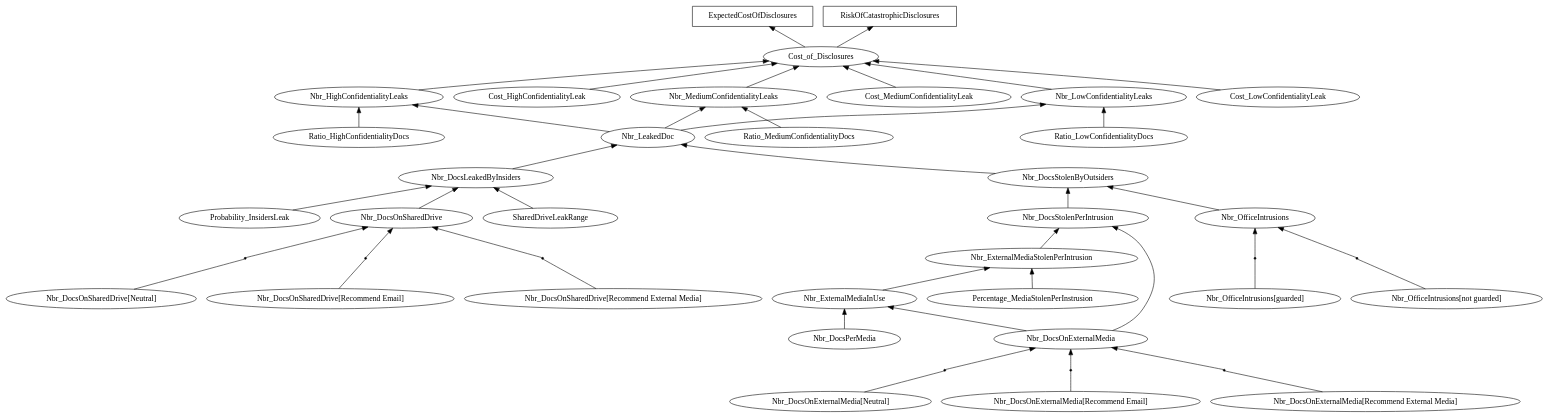
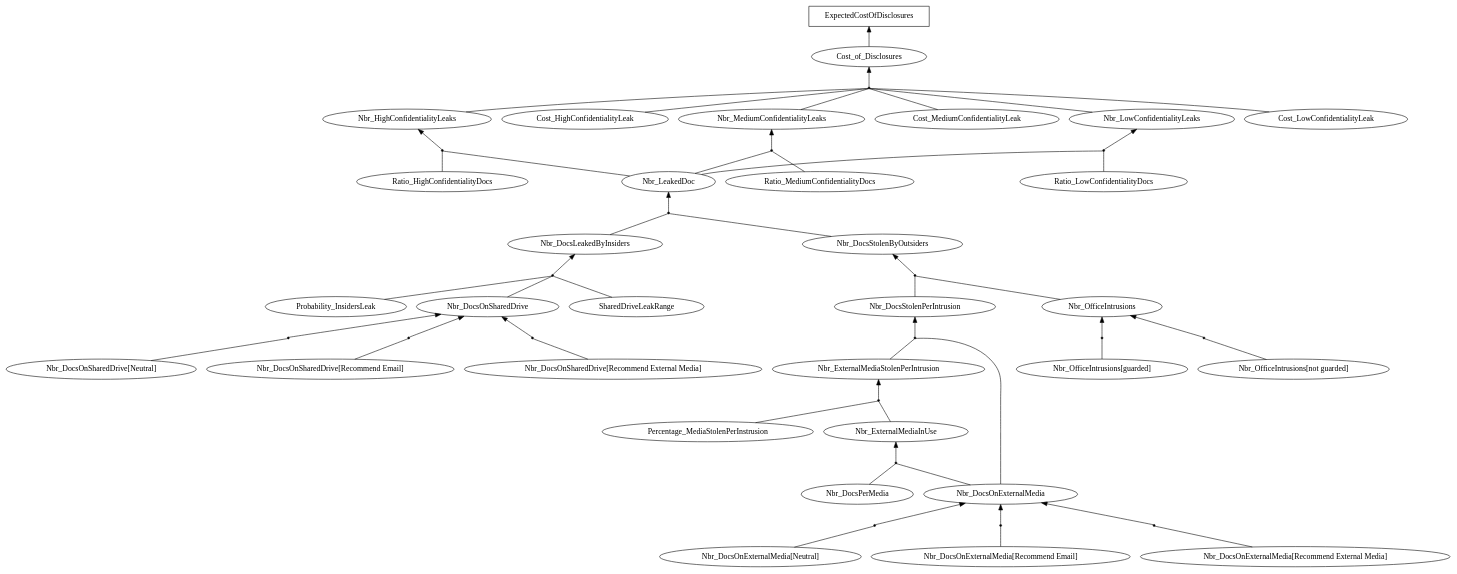
Before and after one commit to sbusari/RADAR2: the diagram in uk.ac.ucl.cs.results/BSPDM/graph/vgraph.dot, drawn with Graphviz. The commit also changed 51 other files, not shown here.

Commit message:
Updated the refinementGraphGenerator to allow modellers specify objectives for which they want to generate AND/OR graph for: Modeller specifies objective name just like the way they specify info value objective

```diff
--- a/uk.ac.ucl.cs.results/BSPDM/graph/vgraph.dot
+++ b/uk.ac.ucl.cs.results/BSPDM/graph/vgraph.dot
@@ -1,79 +1,97 @@
 digraph G { 
 rankdir = BT 
 "Probability_InsidersLeak" [shape = oval] 
-"Probability_InsidersLeak"->Nbr_DocsLeakedByInsiders 
 AndRef0[shape = point] 
 AndRef0->"Nbr_DocsOnSharedDrive"
 "Nbr_DocsOnSharedDrive[Neutral]"->AndRef0 [dir = none] 
 AndRef1[shape = point] 
 AndRef1->"Nbr_DocsOnSharedDrive"
 "Nbr_DocsOnSharedDrive[Recommend Email]"->AndRef1 [dir = none] 
 AndRef2[shape = point] 
 AndRef2->"Nbr_DocsOnSharedDrive"
 "Nbr_DocsOnSharedDrive[Recommend External Media]"->AndRef2 [dir = none] 
 "Nbr_DocsOnSharedDrive" [shape = oval] 
-"Nbr_DocsOnSharedDrive"->Nbr_DocsLeakedByInsiders 
 "SharedDriveLeakRange" [shape = oval] 
-"SharedDriveLeakRange"->Nbr_DocsLeakedByInsiders 
 "Nbr_DocsLeakedByInsiders" [shape = oval] 
-"Nbr_DocsLeakedByInsiders"->Nbr_LeakedDoc 
 AndRef3[shape = point] 
-AndRef3->"Nbr_OfficeIntrusions"
-"Nbr_OfficeIntrusions[not guarded]"->AndRef3 [dir = none] 
+AndRef3->"Nbr_DocsLeakedByInsiders"
+"Probability_InsidersLeak"->AndRef3 [dir = none] 
+"Nbr_DocsOnSharedDrive"->AndRef3 [dir = none] 
+"SharedDriveLeakRange"->AndRef3 [dir = none] 
 AndRef4[shape = point] 
 AndRef4->"Nbr_OfficeIntrusions"
-"Nbr_OfficeIntrusions[guarded]"->AndRef4 [dir = none] 
+"Nbr_OfficeIntrusions[not guarded]"->AndRef4 [dir = none] 
+AndRef5[shape = point] 
+AndRef5->"Nbr_OfficeIntrusions"
+"Nbr_OfficeIntrusions[guarded]"->AndRef5 [dir = none] 
 "Nbr_OfficeIntrusions" [shape = oval] 
-"Nbr_OfficeIntrusions"->Nbr_DocsStolenByOutsiders 
-AndRef5[shape = point] 
-AndRef5->"Nbr_DocsOnExternalMedia"
-"Nbr_DocsOnExternalMedia[Neutral]"->AndRef5 [dir = none] 
 AndRef6[shape = point] 
 AndRef6->"Nbr_DocsOnExternalMedia"
-"Nbr_DocsOnExternalMedia[Recommend Email]"->AndRef6 [dir = none] 
+"Nbr_DocsOnExternalMedia[Neutral]"->AndRef6 [dir = none] 
 AndRef7[shape = point] 
 AndRef7->"Nbr_DocsOnExternalMedia"
-"Nbr_DocsOnExternalMedia[Recommend External Media]"->AndRef7 [dir = none] 
+"Nbr_DocsOnExternalMedia[Recommend Email]"->AndRef7 [dir = none] 
+AndRef8[shape = point] 
+AndRef8->"Nbr_DocsOnExternalMedia"
+"Nbr_DocsOnExternalMedia[Recommend External Media]"->AndRef8 [dir = none] 
 "Nbr_DocsOnExternalMedia" [shape = oval] 
-"Nbr_DocsOnExternalMedia"->Nbr_ExternalMediaInUse 
 "Nbr_DocsPerMedia" [shape = oval] 
-"Nbr_DocsPerMedia"->Nbr_ExternalMediaInUse 
 "Nbr_ExternalMediaInUse" [shape = oval] 
-"Nbr_ExternalMediaInUse"->Nbr_ExternalMediaStolenPerIntrusion 
+AndRef9[shape = point] 
+AndRef9->"Nbr_ExternalMediaInUse"
+"Nbr_DocsOnExternalMedia"->AndRef9 [dir = none] 
+"Nbr_DocsPerMedia"->AndRef9 [dir = none] 
 "Percentage_MediaStolenPerInstrusion" [shape = oval] 
-"Percentage_MediaStolenPerInstrusion"->Nbr_ExternalMediaStolenPerIntrusion 
 "Nbr_ExternalMediaStolenPerIntrusion" [shape = oval] 
-"Nbr_ExternalMediaStolenPerIntrusion"->Nbr_DocsStolenPerIntrusion 
-"Nbr_DocsOnExternalMedia"->Nbr_DocsStolenPerIntrusion 
+AndRef10[shape = point] 
+AndRef10->"Nbr_ExternalMediaStolenPerIntrusion"
+"Nbr_ExternalMediaInUse"->AndRef10 [dir = none] 
+"Percentage_MediaStolenPerInstrusion"->AndRef10 [dir = none] 
 "Nbr_DocsStolenPerIntrusion" [shape = oval] 
-"Nbr_DocsStolenPerIntrusion"->Nbr_DocsStolenByOutsiders 
+AndRef11[shape = point] 
+AndRef11->"Nbr_DocsStolenPerIntrusion"
+"Nbr_ExternalMediaStolenPerIntrusion"->AndRef11 [dir = none] 
+"Nbr_DocsOnExternalMedia"->AndRef11 [dir = none] 
 "Nbr_DocsStolenByOutsiders" [shape = oval] 
-"Nbr_DocsStolenByOutsiders"->Nbr_LeakedDoc 
+AndRef12[shape = point] 
+AndRef12->"Nbr_DocsStolenByOutsiders"
+"Nbr_OfficeIntrusions"->AndRef12 [dir = none] 
+"Nbr_DocsStolenPerIntrusion"->AndRef12 [dir = none] 
 "Nbr_LeakedDoc" [shape = oval] 
-"Nbr_LeakedDoc"->Nbr_HighConfidentialityLeaks 
+AndRef13[shape = point] 
+AndRef13->"Nbr_LeakedDoc"
+"Nbr_DocsLeakedByInsiders"->AndRef13 [dir = none] 
+"Nbr_DocsStolenByOutsiders"->AndRef13 [dir = none] 
 "Ratio_HighConfidentialityDocs" [shape = oval] 
-"Ratio_HighConfidentialityDocs"->Nbr_HighConfidentialityLeaks 
 "Nbr_HighConfidentialityLeaks" [shape = oval] 
-"Nbr_HighConfidentialityLeaks"->Cost_of_Disclosures 
+AndRef14[shape = point] 
+AndRef14->"Nbr_HighConfidentialityLeaks"
+"Nbr_LeakedDoc"->AndRef14 [dir = none] 
+"Ratio_HighConfidentialityDocs"->AndRef14 [dir = none] 
 "Cost_HighConfidentialityLeak" [shape = oval] 
-"Cost_HighConfidentialityLeak"->Cost_of_Disclosures 
-"Nbr_LeakedDoc"->Nbr_MediumConfidentialityLeaks 
 "Ratio_MediumConfidentialityDocs" [shape = oval] 
-"Ratio_MediumConfidentialityDocs"->Nbr_MediumConfidentialityLeaks 
 "Nbr_MediumConfidentialityLeaks" [shape = oval] 
-"Nbr_MediumConfidentialityLeaks"->Cost_of_Disclosures 
+AndRef15[shape = point] 
+AndRef15->"Nbr_MediumConfidentialityLeaks"
+"Nbr_LeakedDoc"->AndRef15 [dir = none] 
+"Ratio_MediumConfidentialityDocs"->AndRef15 [dir = none] 
 "Cost_MediumConfidentialityLeak" [shape = oval] 
-"Cost_MediumConfidentialityLeak"->Cost_of_Disclosures 
-"Nbr_LeakedDoc"->Nbr_LowConfidentialityLeaks 
 "Ratio_LowConfidentialityDocs" [shape = oval] 
-"Ratio_LowConfidentialityDocs"->Nbr_LowConfidentialityLeaks 
 "Nbr_LowConfidentialityLeaks" [shape = oval] 
-"Nbr_LowConfidentialityLeaks"->Cost_of_Disclosures 
+AndRef16[shape = point] 
+AndRef16->"Nbr_LowConfidentialityLeaks"
+"Nbr_LeakedDoc"->AndRef16 [dir = none] 
+"Ratio_LowConfidentialityDocs"->AndRef16 [dir = none] 
 "Cost_LowConfidentialityLeak" [shape = oval] 
-"Cost_LowConfidentialityLeak"->Cost_of_Disclosures 
 "Cost_of_Disclosures" [shape = oval] 
+AndRef17[shape = point] 
+AndRef17->"Cost_of_Disclosures"
+"Nbr_HighConfidentialityLeaks"->AndRef17 [dir = none] 
+"Cost_HighConfidentialityLeak"->AndRef17 [dir = none] 
+"Nbr_MediumConfidentialityLeaks"->AndRef17 [dir = none] 
+"Cost_MediumConfidentialityLeak"->AndRef17 [dir = none] 
+"Nbr_LowConfidentialityLeaks"->AndRef17 [dir = none] 
+"Cost_LowConfidentialityLeak"->AndRef17 [dir = none] 
 ExpectedCostOfDisclosures [shape = box] 
 Cost_of_Disclosures->"ExpectedCostOfDisclosures"
-RiskOfCatastrophicDisclosures [shape = box] 
-Cost_of_Disclosures->"RiskOfCatastrophicDisclosures"
 }
```
